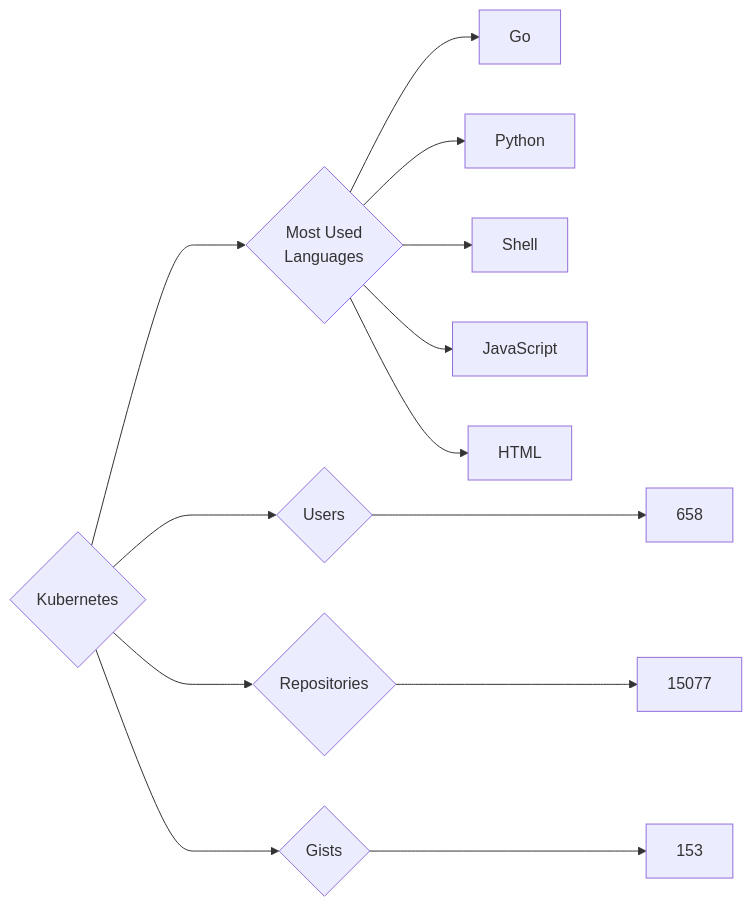
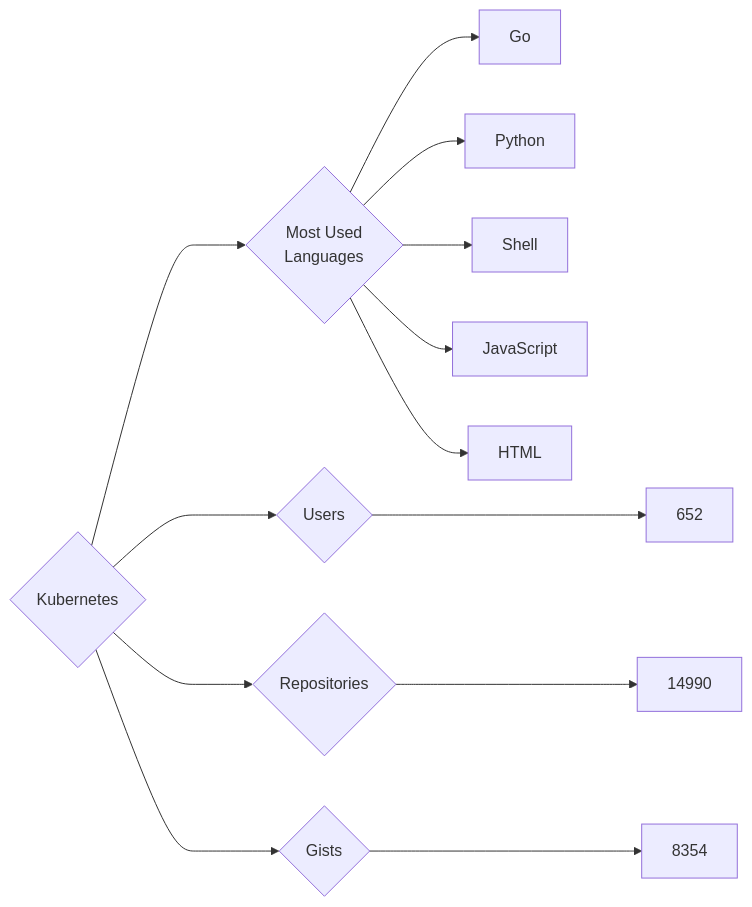
One commit to trickest/insiders changed the diagram in targets/Kubernetes/README.md. Above: the diagram before and after it, drawn with Mermaid. The commit also changed 777 other files, not shown here.

````diff
--- a/targets/Kubernetes/README.md
+++ b/targets/Kubernetes/README.md
@@ -3,13 +3,13 @@
 ```mermaid
 graph LR
 COMPANY_NAME{Kubernetes}
-COMPANY_NAME ---> U{Users} ---> UN[658]
-COMPANY_NAME ---> R{Repositories} ---> RN[15077]
-COMPANY_NAME ---> G{Gists} ---> GN[153]
+COMPANY_NAME ---> U{Users} ---> UN[652]
+COMPANY_NAME ---> R{Repositories} ---> RN[14990]
+COMPANY_NAME ---> G{Gists} ---> GN[8354]
 COMPANY_NAME ---> ML{Most Used<br>Languages}
 ML --> Go[Go]
 ML --> Python[Python]
 ML --> Shell[Shell]
 ML --> JavaScript[JavaScript]
 ML --> HTML[HTML]
 ```
````
